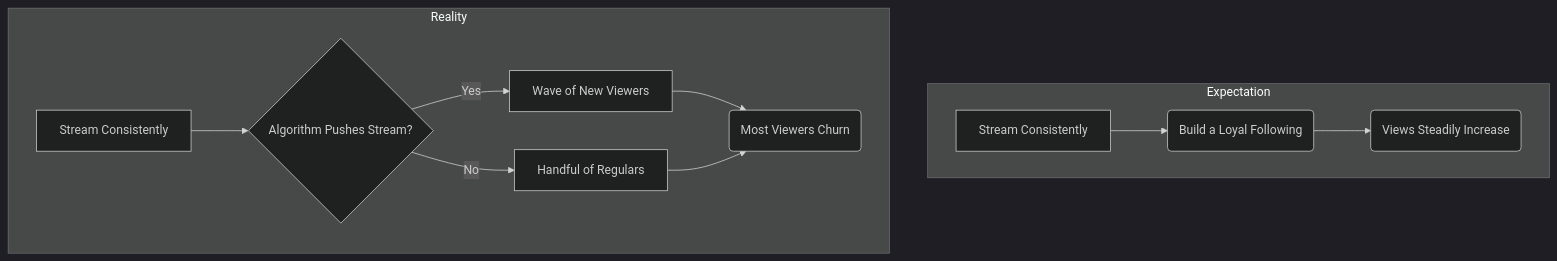
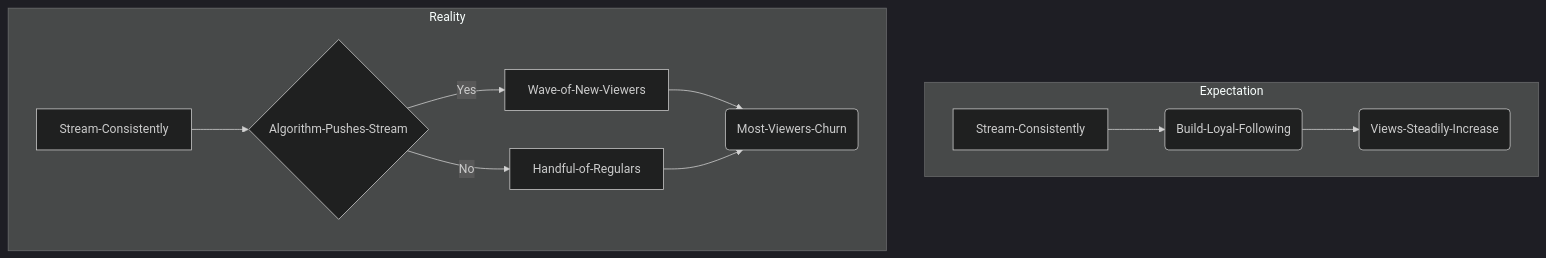
One commit to littl3-boat/ttwise changed the diagram in data/blog/tiktok-live-views-dropped-reality-check-2026.mdx. Above: the diagram before and after it, drawn with Mermaid (dark theme). The commit also changed 35 other files, not shown here.

First line of the commit message:
feat: fix Mermaid diagram syntax across blog posts and add new Reddit-sourced blog entries

````diff
--- a/data/blog/tiktok-live-views-dropped-reality-check-2026.mdx
+++ b/data/blog/tiktok-live-views-dropped-reality-check-2026.mdx
@@ -25,15 +25,15 @@
 ```mermaid
-graph TD
+flowchart TD
     subgraph Expectation
-        A[Stream Consistently] --> B(Build a Loyal Following);
-        B --> C(Views Steadily Increase);
+        A[Stream-Consistently] --> B(Build-Loyal-Following)
+        B --> C(Views-Steadily-Increase)
     end
 
     subgraph Reality
-        D[Stream Consistently] --> E{Algorithm Pushes Stream?};
-        E -->|Yes| F[Wave of New Viewers];
-        E -->|No| G[Handful of Regulars];
-        F --> H(Most Viewers Churn);
-        G --> H;
+        D[Stream-Consistently] --> E{Algorithm-Pushes-Stream}
+        E -->|Yes| F[Wave-of-New-Viewers]
+        E -->|No| G[Handful-of-Regulars]
+        F --> H(Most-Viewers-Churn)
+        G --> H
     end
 ```
````
